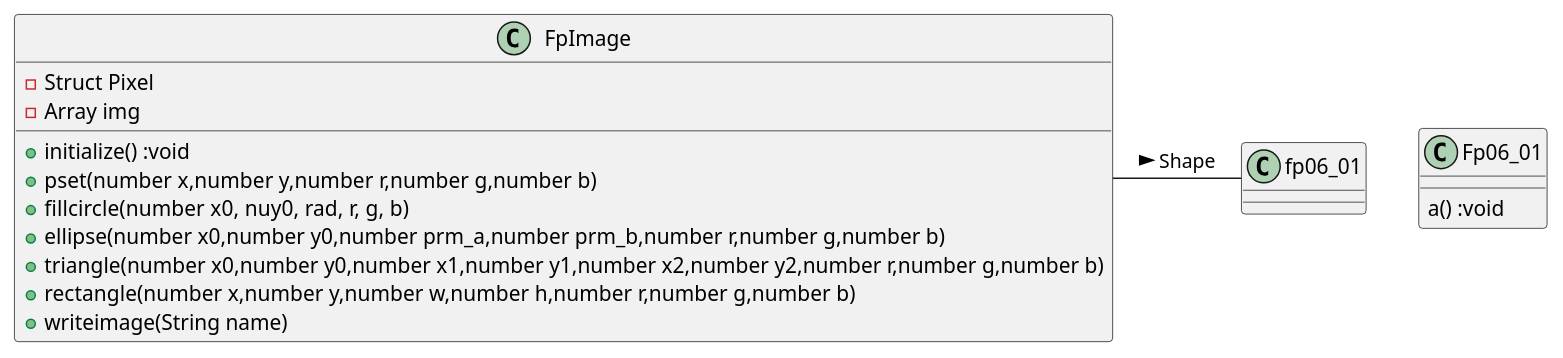
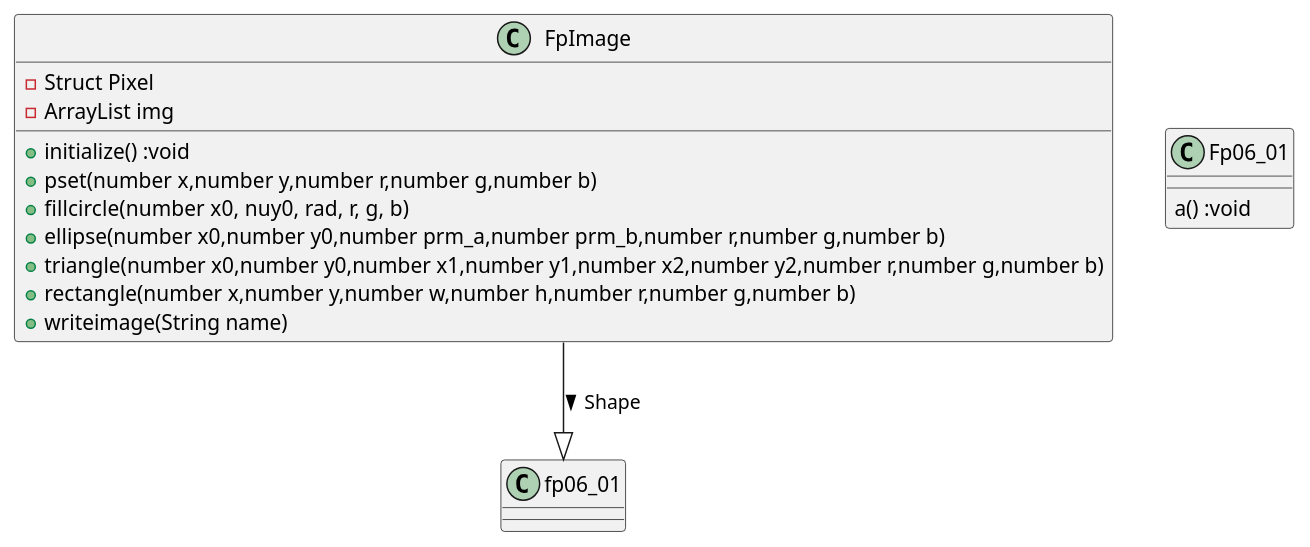
One commit to nekonabesan/Fundamental-Programming changed the diagram in lec006/UML/fp06_assignment_001.pu. Above: the diagram before and after it, drawn with PlantUML. The commit also changed 2 other files, not shown here.

Commit message:
第６構、シーケンス図追加

```diff
--- a/lec006/UML/fp06_assignment_001.pu
+++ b/lec006/UML/fp06_assignment_001.pu
@@ -1,20 +1,20 @@
 @startuml
 
-FpImage - fp06_01 : Shape >
+FpImage --|> fp06_01 : Shape >
 
 class FpImage {
 	- {field} Struct Pixel
-	- {field} Array img
+	- {field} ArrayList img
 	+ {method} initialize() :void
 	+ {method} pset(number x,number y,number r,number g,number b)
 	+ {method} fillcircle(number x0, nuy0, rad, r, g, b)
 	+ {method} ellipse(number x0,number y0,number prm_a,number prm_b,number r,number g,number b)
 	+ {method} triangle(number x0,number y0,number x1,number y1,number x2,number y2,number r,number g,number b)
 	+ {method} rectangle(number x,number y,number w,number h,number r,number g,number b)
 	+ {method} writeimage(String name)
 }
 
 class Fp06_01 {
 	{method} a() :void
 }
 @enduml
```
